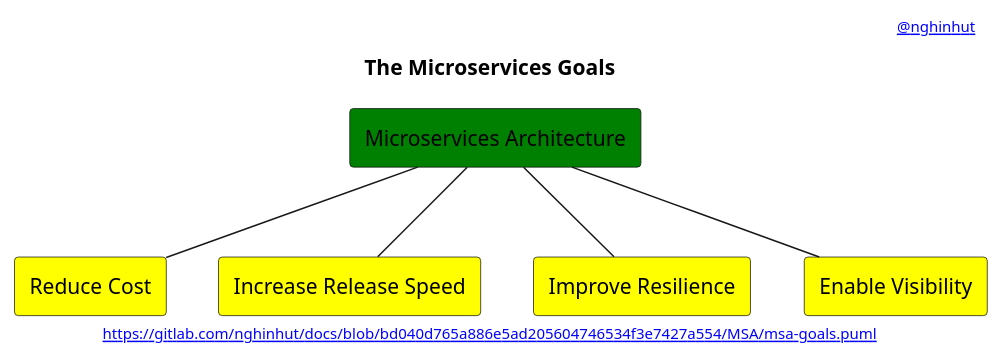
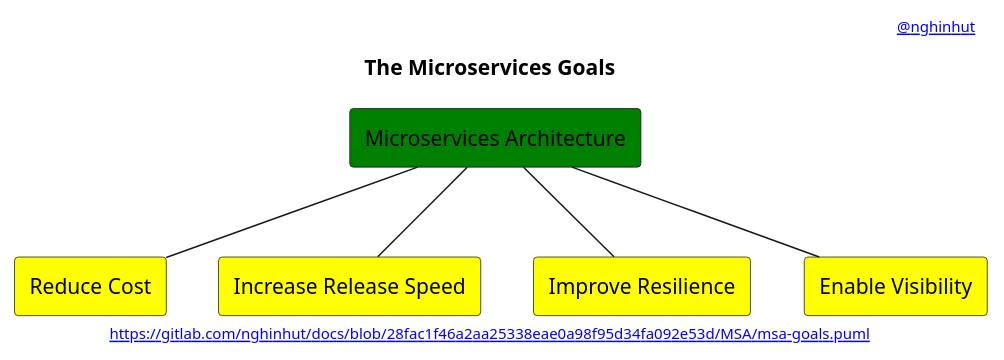
Before and after one commit to nghinhut/docs: the diagram in MSA/msa-goals.puml, drawn with PlantUML. The commit also changed 18 other files, not shown here.

Commit message:
Update diagrams

```diff
--- a/MSA/msa-goals.puml
+++ b/MSA/msa-goals.puml
@@ -1,23 +1,23 @@
 @startuml
 '-----START auto generated metadata please keep comment here to allow auto update-----
 '-----DON'T EDIT THIS SECTION, INSTEAD RE-RUN prebuild.sh TO UPDATE-----
-header [[www.nghinhut.dev?from=http://www.plantuml.com/plantuml/proxy?fmt=svg&src=https://gitlab.com/nghinhut/docs/raw/bd040d765a886e5ad205604746534f3e7427a554/MSA/msa-goals.puml @nghinhut]]
-footer [[http://www.plantuml.com/plantuml/proxy?fmt=svg&src=https://gitlab.com/nghinhut/docs/raw/bd040d765a886e5ad205604746534f3e7427a554/MSA/msa-goals.puml https://gitlab.com/nghinhut/docs/blob/bd040d765a886e5ad205604746534f3e7427a554/MSA/msa-goals.puml]]
+header [[www.nghinhut.dev?from=http%5C%3A%5C%2F%5C%2Fwww%5C.plantuml%5C.com%5C%2Fplantuml%5C%2Fproxy%3Ffmt%3Dsvg%5C%26src%3Dhttps%5C%3A%5C%2F%5C%2Fgitlab%5C.com%5C%2Fnghinhut%5C%2Fdocs%5C%2Fraw%5C%2F28fac1f46a2aa25338eae0a98f95d34fa092e53d%5C%2FMSA%5C%2Fmsa-goals%5C.puml%0A @nghinhut]]
+footer [[http://www.plantuml.com/plantuml/proxy?fmt=svg&src=https://gitlab.com/nghinhut/docs/raw/28fac1f46a2aa25338eae0a98f95d34fa092e53d/MSA/msa-goals.puml https://gitlab.com/nghinhut/docs/blob/28fac1f46a2aa25338eae0a98f95d34fa092e53d/MSA/msa-goals.puml]]
 '-----END auto generated metadata please keep comment here to allow auto update-----
 title The Microservices Goals
 
 rectangle "Microservices Architecture" as msa #green
 
 rectangle "Reduce Cost" as goal1 #yellow
 rectangle "Increase Release Speed" as goal2 #yellow
 rectangle "Improve Resilience" as goal3 #yellow
 rectangle "Enable Visibility" as goal4 #yellow
 
 msa -- goal1
 msa -- goal2
 msa -- goal3
 msa -- goal4
 
 
 
 @enduml
```
